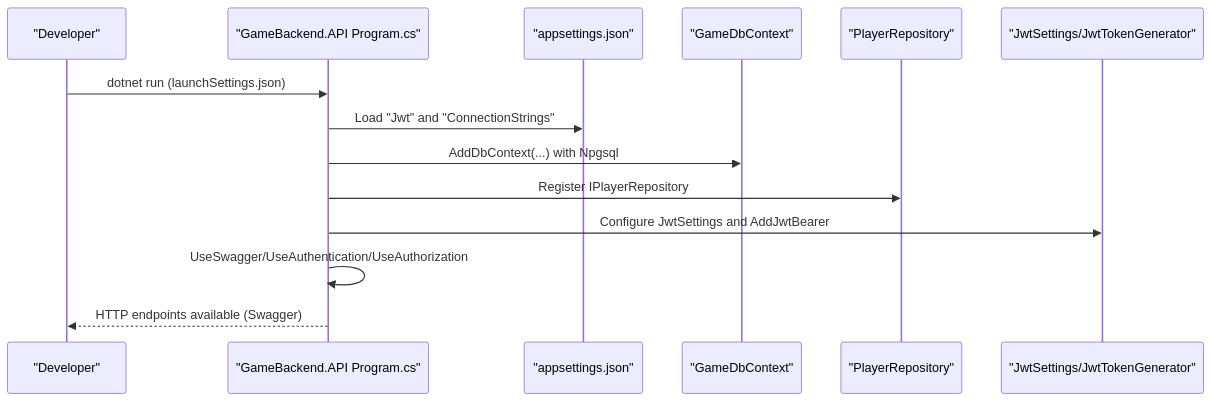
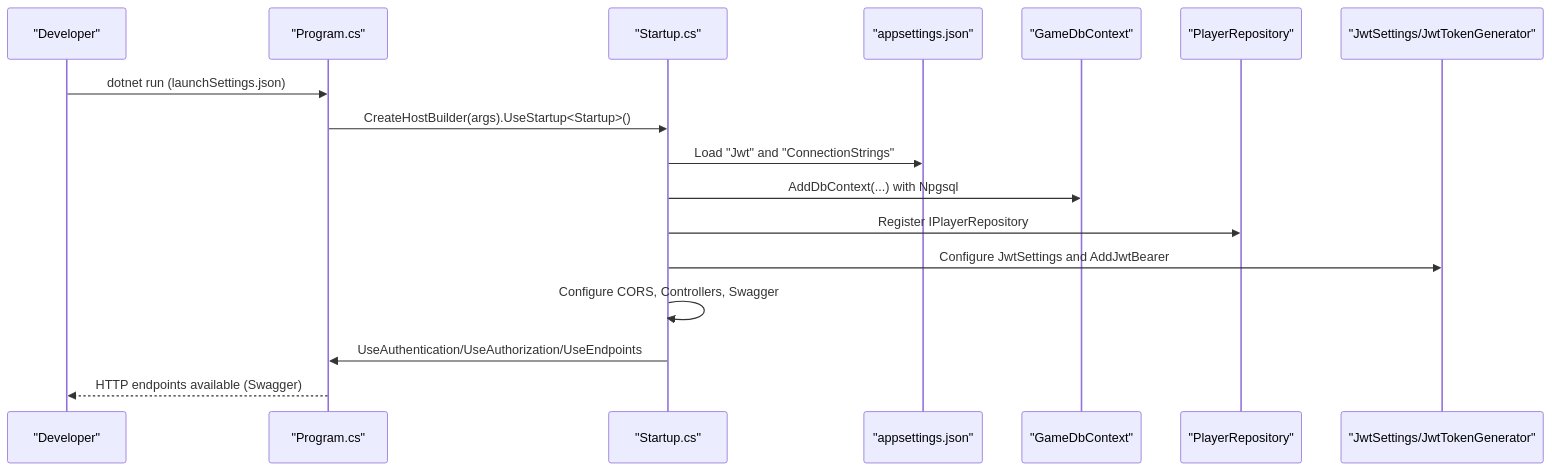
Before and after one commit to MuhammadFaizanQamar/game-backend-service: the second of 5 diagrams in .qoder/repowiki/en/content/Getting Started.md, drawn with Mermaid. The commit also changed other lines of this file and 62 other files, not shown here.

````diff
--- a/.qoder/repowiki/en/content/Getting Started.md
+++ b/.qoder/repowiki/en/content/Getting Started.md
@@ -101,16 +120,19 @@
 ```mermaid
 sequenceDiagram
 participant Dev as "Developer"
-participant Host as "GameBackend.API Program.cs"
+participant Host as "Program.cs"
+participant Start as "Startup.cs"
 participant Cfg as "appsettings.json"
 participant Db as "GameDbContext"
 participant Repo as "PlayerRepository"
 participant Sec as "JwtSettings/JwtTokenGenerator"
 Dev->>Host : dotnet run (launchSettings.json)
-Host->>Cfg : Load "Jwt" and "ConnectionStrings"
-Host->>Db : AddDbContext(...) with Npgsql
-Host->>Repo : Register IPlayerRepository
-Host->>Sec : Configure JwtSettings and AddJwtBearer
-Host->>Host : UseSwagger/UseAuthentication/UseAuthorization
+Host->>Start : CreateHostBuilder(args).UseStartup<Startup>()
+Start->>Cfg : Load "Jwt" and "ConnectionStrings"
+Start->>Db : AddDbContext(...) with Npgsql
+Start->>Repo : Register IPlayerRepository
+Start->>Sec : Configure JwtSettings and AddJwtBearer
+Start->>Start : Configure CORS, Controllers, Swagger
+Start->>Host : UseAuthentication/UseAuthorization/UseEndpoints
 Host-->>Dev : HTTP endpoints available (Swagger)
 ```
````
